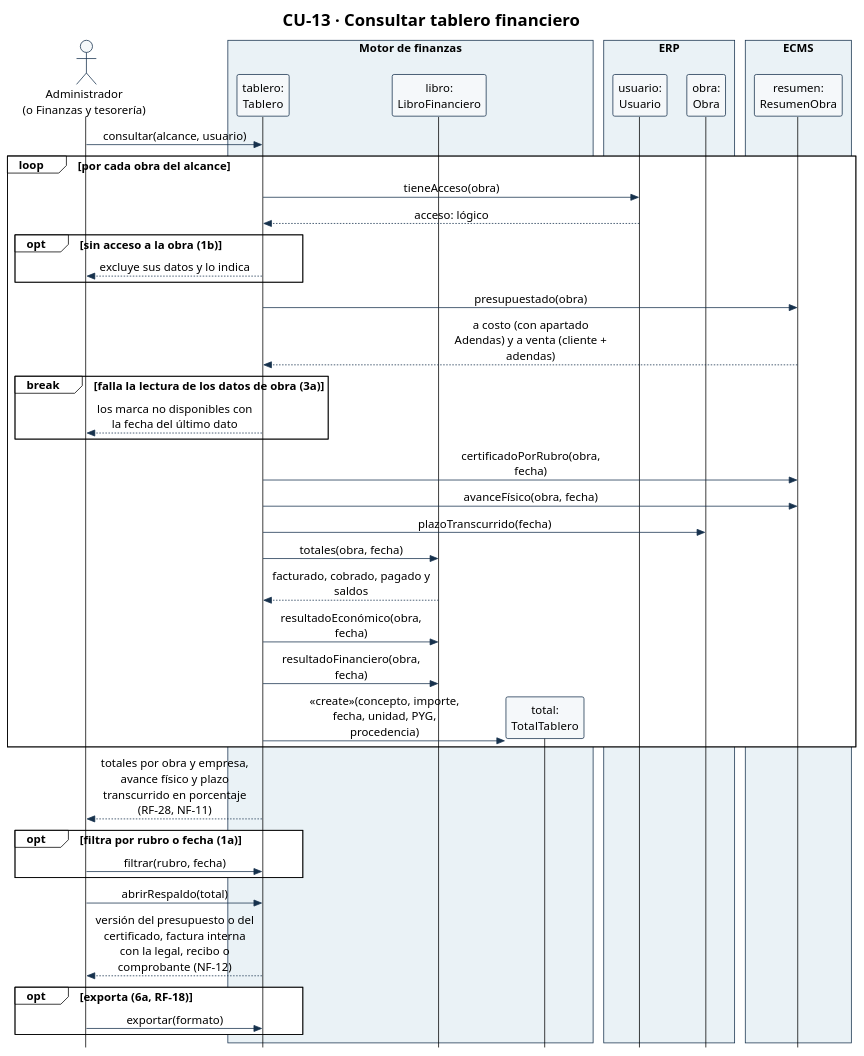
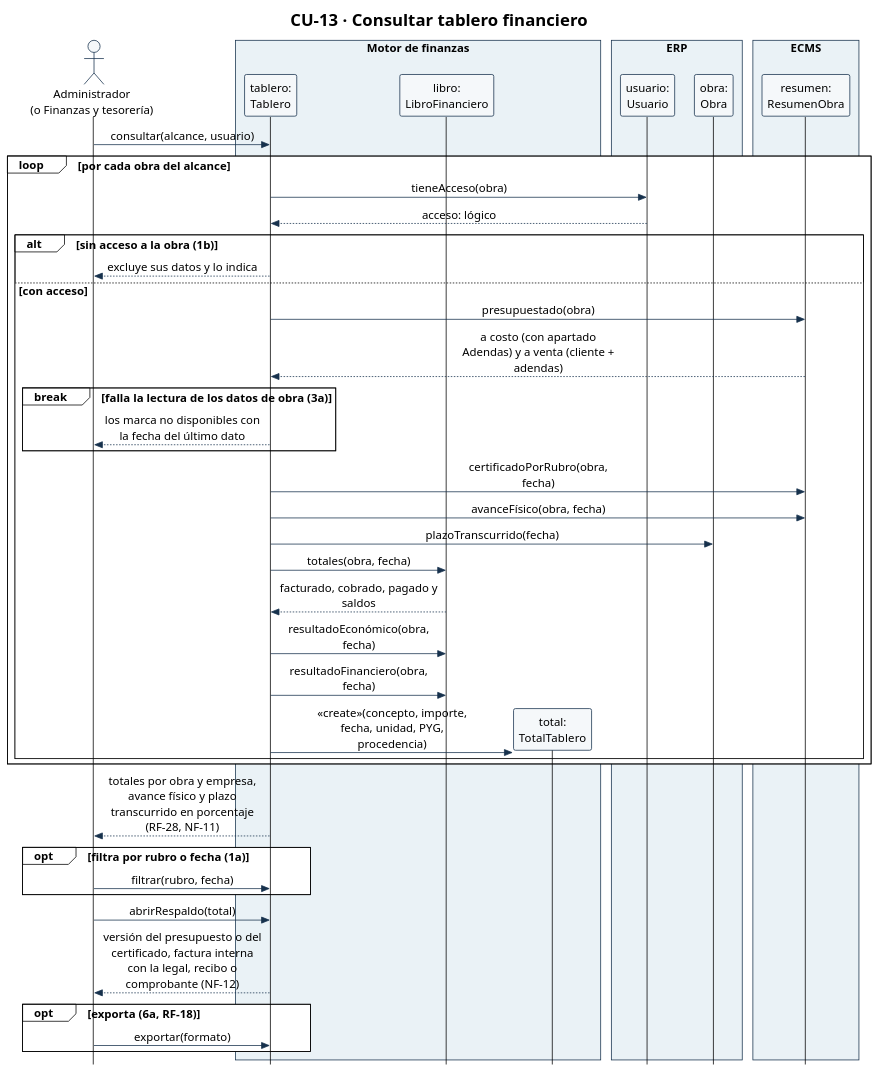
The diagram in diagramas/CU-13-secuencia.puml (Ssrrb/tpf-uca), drawn with PlantUML before and after one commit. The commit also changed 1 other file, not shown here.

Commit message:
CU-13 y CU-15: filtra obras sin acceso y registra el ajuste al guardar
Claude-Session: https://claude.ai/code/session_01DsH2EQF69FRHNnrs7DtYN5

```diff
--- a/diagramas/CU-13-secuencia.puml
+++ b/diagramas/CU-13-secuencia.puml
@@ -1,68 +1,69 @@
 @startuml
 !theme plain
 skinparam style strictuml
 skinparam shadowing false
 skinparam defaultFontName Arial
 skinparam defaultFontSize 15
 skinparam sequenceMessageAlign center
 skinparam maxMessageSize 220
 skinparam ParticipantPadding 8
 skinparam BoxPadding 6
 skinparam ParticipantBackgroundColor #F5F8FA
 skinparam ParticipantBorderColor #17324D
 skinparam ActorBorderColor #17324D
 skinparam ActorBackgroundColor #F5F8FA
 skinparam ArrowColor #17324D
 skinparam SequenceBoxBorderColor #17324D
 skinparam note {
   BackgroundColor #FFFFFF
   BorderColor #17324D
 }
 hide footbox
 title CU-13 · Consultar tablero financiero
 actor "Administrador\n(o Finanzas y tesorería)" as Adm
 box "Motor de finanzas" #EAF2F6
 participant "tablero:\nTablero" as Tab
 participant "libro:\nLibroFinanciero" as Lib
 participant "total:\nTotalTablero" as Tot
 end box
 box "ERP" #EAF2F6
 participant "usuario:\nUsuario" as Usr
 participant "obra:\nObra" as Obra
 end box
 box "ECMS" #EAF2F6
 participant "resumen:\nResumenObra" as Res
 end box
 
 Adm -> Tab: consultar(alcance, usuario)
 loop por cada obra del alcance
   Tab -> Usr: tieneAcceso(obra)
   Usr --> Tab: acceso: lógico
-  opt sin acceso a la obra (1b)
+  alt sin acceso a la obra (1b)
     Tab --> Adm: excluye sus datos y lo indica
-  end
+  else con acceso
   Tab -> Res: presupuestado(obra)
   Res --> Tab: a costo (con apartado Adendas) y a venta (cliente + adendas)
   break falla la lectura de los datos de obra (3a)
     Tab --> Adm: los marca no disponibles con la fecha del último dato
   end
   Tab -> Res: certificadoPorRubro(obra, fecha)
   Tab -> Res: avanceFísico(obra, fecha)
   Tab -> Obra: plazoTranscurrido(fecha)
   Tab -> Lib: totales(obra, fecha)
   Lib --> Tab: facturado, cobrado, pagado y saldos
   Tab -> Lib: resultadoEconómico(obra, fecha)
   Tab -> Lib: resultadoFinanciero(obra, fecha)
   create Tot
   Tab -> Tot: «create»(concepto, importe, fecha, unidad, PYG, procedencia)
+  end
 end
 Tab --> Adm: totales por obra y empresa, avance físico y plazo\ntranscurrido en porcentaje (RF-28, NF-11)
 opt filtra por rubro o fecha (1a)
   Adm -> Tab: filtrar(rubro, fecha)
 end
 Adm -> Tab: abrirRespaldo(total)
 Tab --> Adm: versión del presupuesto o del certificado, factura interna\ncon la legal, recibo o comprobante (NF-12)
 opt exporta (6a, RF-18)
   Adm -> Tab: exportar(formato)
 end
 @enduml
```
